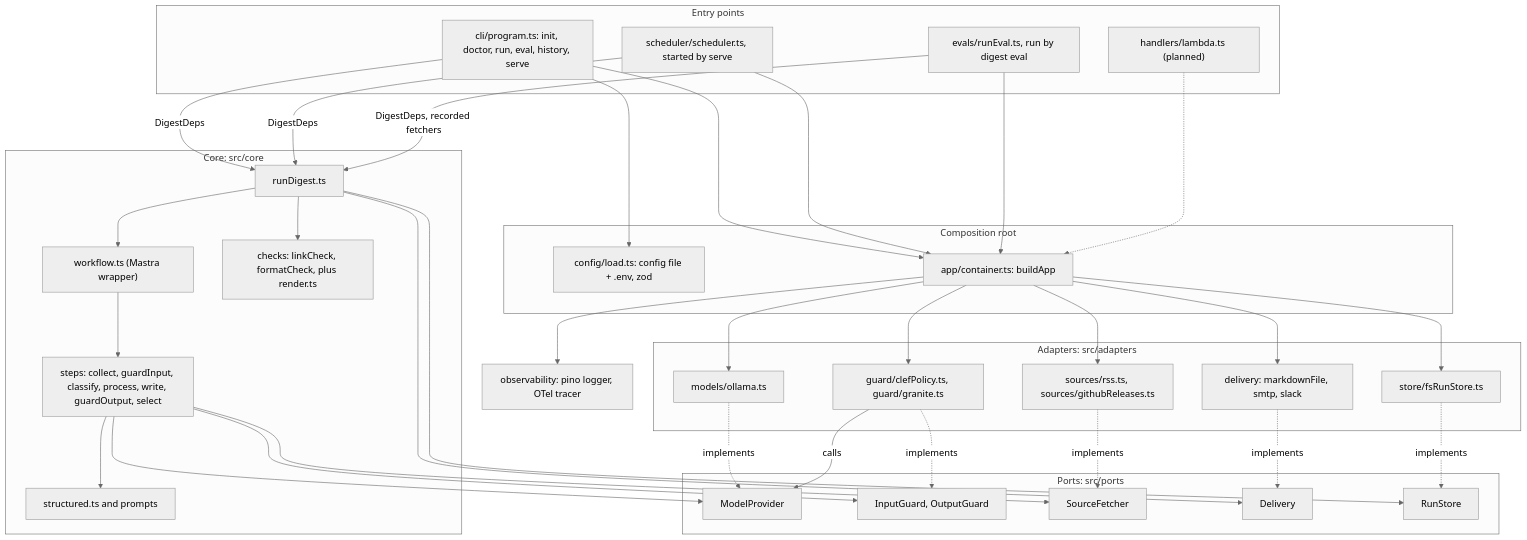
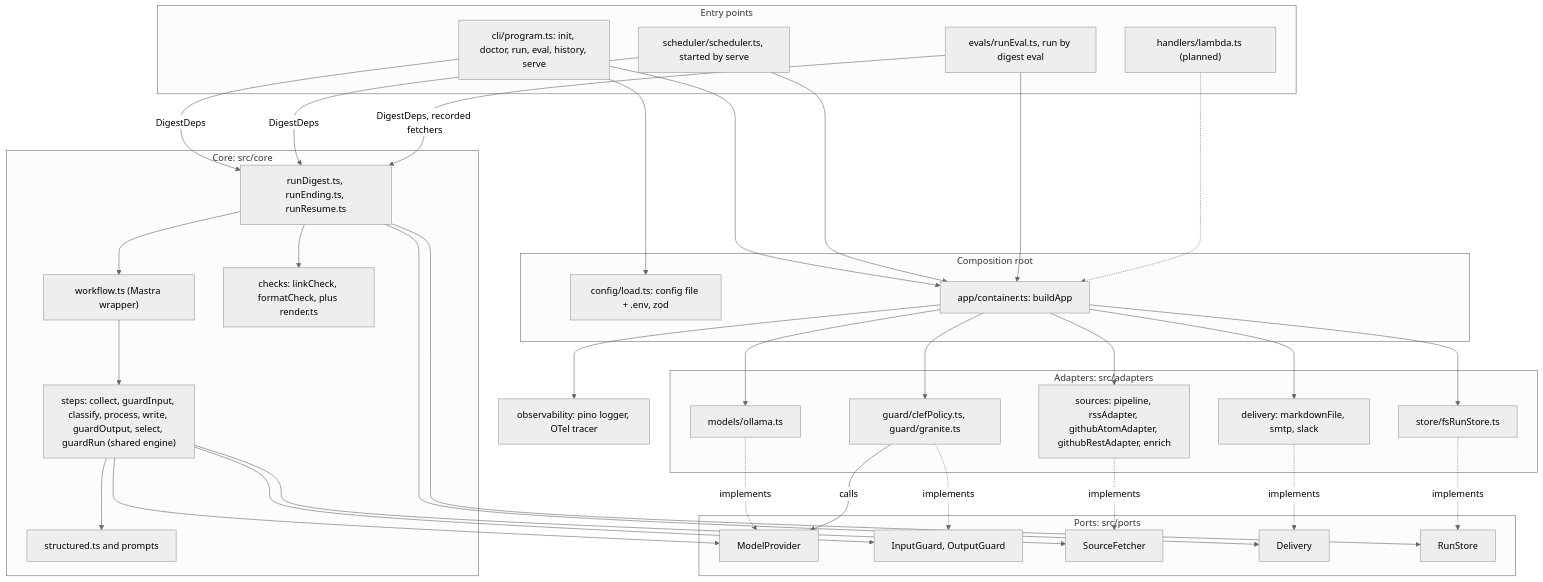
Before and after one commit to odere-pro/weekly-engineering-digest-agent: the sixth of 10 diagrams in docs/system-design.md, drawn with Mermaid (neutral theme). The commit also changed other lines of this file and 4 other files, not shown here.

````diff
--- a/docs/system-design.md
+++ b/docs/system-design.md
@@ -534,64 +683,64 @@
 ```mermaid
 flowchart TB
   subgraph ENTRY["Entry points"]
     CLI["cli/program.ts: init, doctor, run, eval, history, serve"]
     SCHED["scheduler/scheduler.ts, started by serve"]
     EVAL["evals/runEval.ts, run by digest eval"]
     LAMBDA["handlers/lambda.ts (planned)"]
   end
   subgraph ROOT["Composition root"]
     LOAD["config/load.ts: config file + .env, zod"]
     APP["app/container.ts: buildApp"]
   end
   subgraph CORE["Core: src/core"]
-    RUN["runDigest.ts"]
+    RUN["runDigest.ts, runEnding.ts, runResume.ts"]
     WF["workflow.ts (Mastra wrapper)"]
-    STEPS["steps: collect, guardInput, classify, process, write, guardOutput, select"]
+    STEPS["steps: collect, guardInput, classify, process, write, guardOutput, select, guardRun (shared engine)"]
     CHK["checks: linkCheck, formatCheck, plus render.ts"]
     STRUCT["structured.ts and prompts"]
   end
   subgraph PORTS["Ports: src/ports"]
     P_MODEL["ModelProvider"]
     P_GUARD["InputGuard, OutputGuard"]
     P_SRC["SourceFetcher"]
     P_DEL["Delivery"]
     P_STORE["RunStore"]
   end
   subgraph ADAPTERS["Adapters: src/adapters"]
     A_OLL["models/ollama.ts"]
     A_GUARD["guard/clefPolicy.ts, guard/granite.ts"]
-    A_SRC["sources/rss.ts, sources/githubReleases.ts"]
+    A_SRC["sources: pipeline, rssAdapter, githubAtomAdapter, githubRestAdapter, enrich"]
     A_DEL["delivery: markdownFile, smtp, slack"]
     A_STORE["store/fsRunStore.ts"]
   end
   OBS["observability: pino logger, OTel tracer"]
   CLI --> LOAD
   CLI --> APP
   SCHED --> APP
   EVAL --> APP
   LAMBDA -.-> APP
   APP --> A_OLL
   APP --> A_GUARD
   APP --> A_SRC
   APP --> A_DEL
   APP --> A_STORE
   APP --> OBS
   CLI -->|"DigestDeps"| RUN
   SCHED -->|"DigestDeps"| RUN
   EVAL -->|"DigestDeps, recorded fetchers"| RUN
   RUN --> WF
   WF --> STEPS
   RUN --> CHK
   STEPS --> STRUCT
   STEPS --> P_MODEL
   STEPS --> P_GUARD
   STEPS --> P_SRC
   RUN --> P_DEL
   RUN --> P_STORE
   A_OLL -.->|"implements"| P_MODEL
   A_GUARD -.->|"implements"| P_GUARD
   A_GUARD -->|"calls"| P_MODEL
   A_SRC -.->|"implements"| P_SRC
   A_DEL -.->|"implements"| P_DEL
   A_STORE -.->|"implements"| P_STORE
 ```
````
